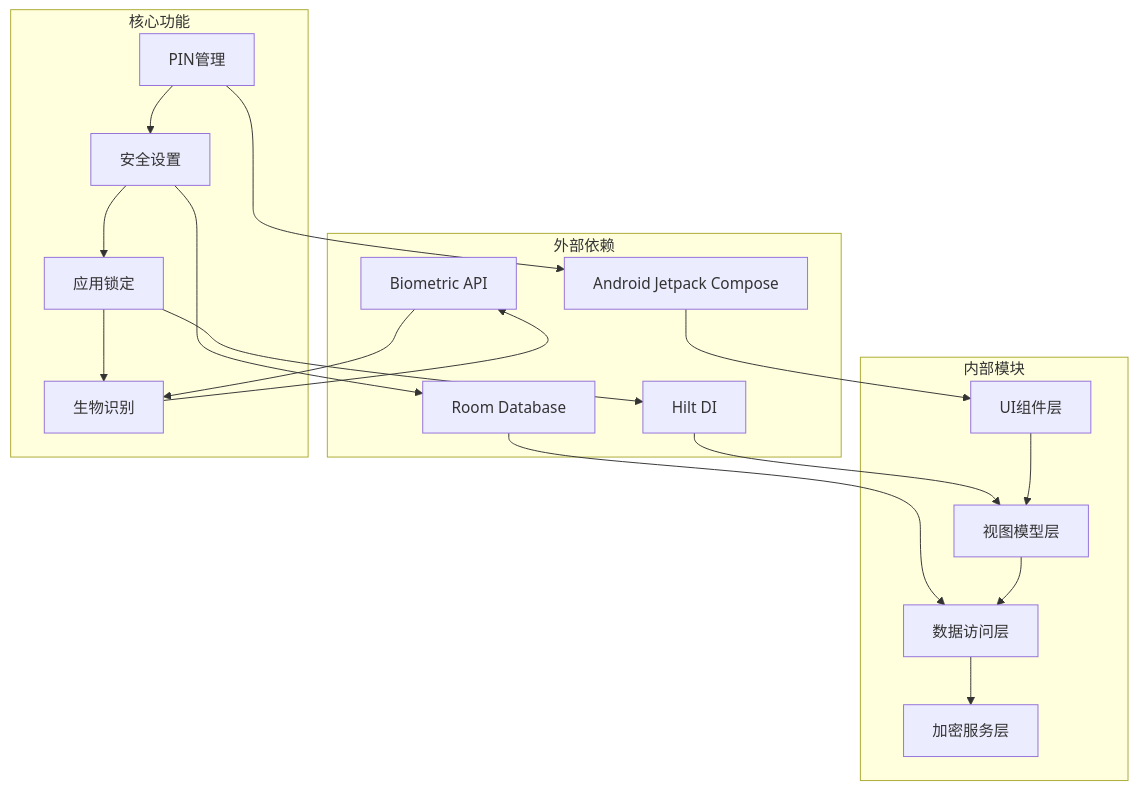
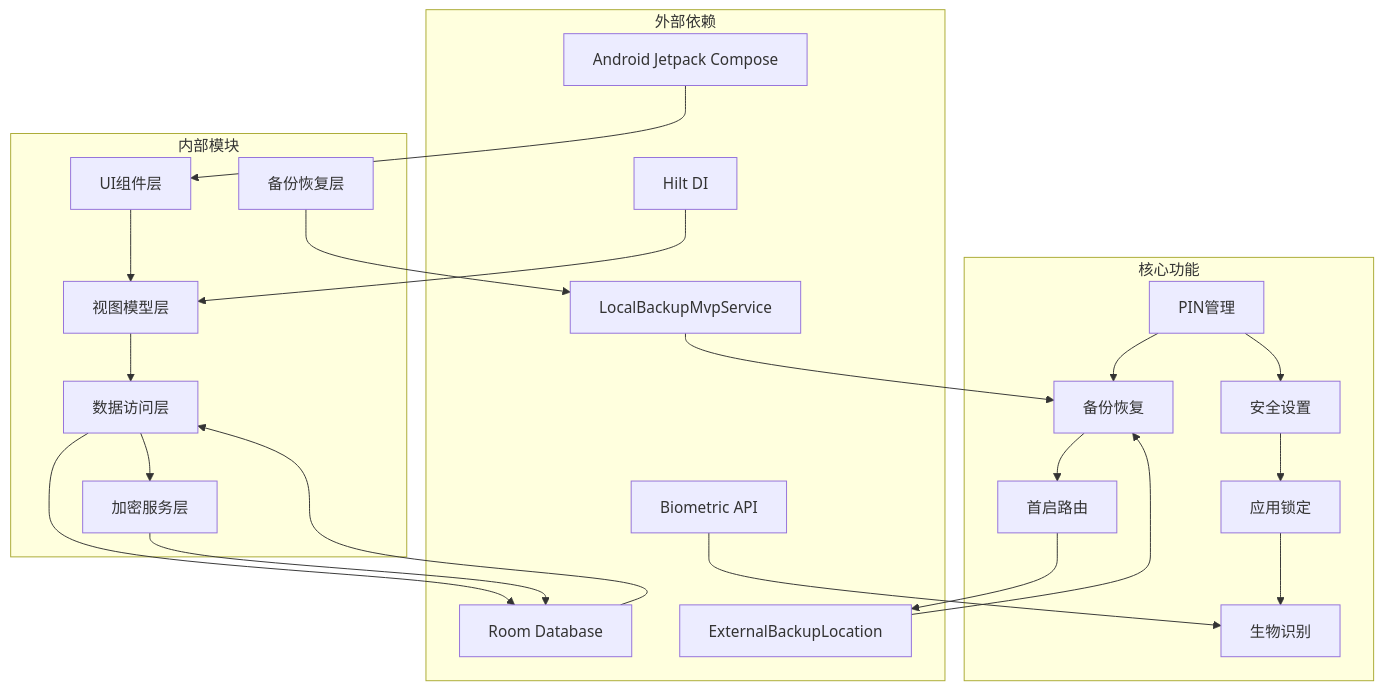
One commit to wanhongbo/ai-photo-vault changed diagram 11 of 12 in .qoder/repowiki/zh/content/核心功能模块/安全解锁系统/PIN管理界面.md. Above: the diagram before and after it, drawn with Mermaid. The commit also changed other lines of this file and 22 other files, not shown here.

````diff
--- a/.qoder/repowiki/zh/content/核心功能模块/安全解锁系统/PIN管理界面.md
+++ b/.qoder/repowiki/zh/content/核心功能模块/安全解锁系统/PIN管理界面.md
@@ -344,35 +482,44 @@
 ```mermaid
 graph TB
 subgraph "外部依赖"
 A[Android Jetpack Compose]
 B[Room Database]
 C[Hilt DI]
 D[Biometric API]
+E[LocalBackupMvpService]
+F[ExternalBackupLocation]
 end
 subgraph "内部模块"
-E[UI组件层]
-F[视图模型层]
-G[数据访问层]
-H[加密服务层]
+G[UI组件层]
+H[视图模型层]
+I[数据访问层]
+J[加密服务层]
+K[备份恢复层]
 end
 subgraph "核心功能"
-I[PIN管理]
-J[安全设置]
-K[应用锁定]
-L[生物识别]
+L[PIN管理]
+M[安全设置]
+N[应用锁定]
+O[生物识别]
+P[备份恢复]
+Q[首启路由]
 end
-A --> E
-B --> G
-C --> F
-D --> L
-E --> F
-F --> G
+A --> G
+B --> I
+C --> H
+D --> O
+E --> P
+F --> P
 G --> H
+H --> I
 I --> J
-J --> K
-K --> L
-I --> A
+L --> M
+M --> N
+N --> O
+L --> P
+P --> Q
+Q --> F
+I --> B
 J --> B
-K --> C
-L --> D
+K --> E
 ```
````
